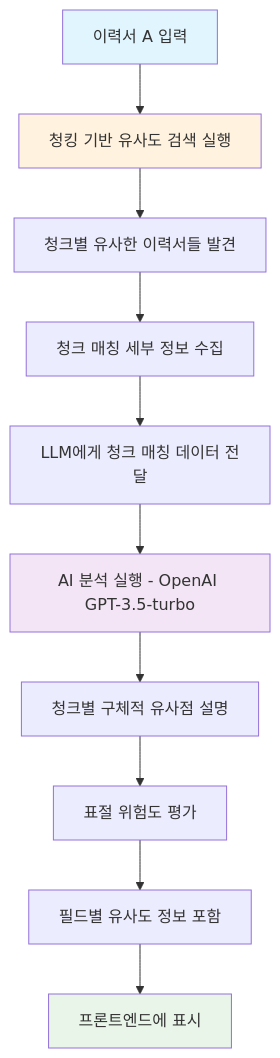
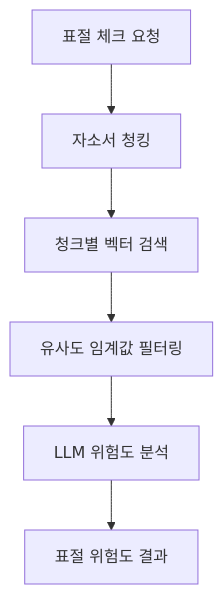
Before and after one commit to gangnam-2-insol/workspace-new: the third of 3 diagrams in README_jr.md, drawn with Mermaid. The commit also changed other lines of this file and 1 other file, not shown here.

````diff
--- a/README_jr.md
+++ b/README_jr.md
@@ -1049,17 +331,8 @@
 ```mermaid
 graph TD
-    A[이력서 A 입력] --> B[청킹 기반 유사도 검색 실행]
-    B --> C[청크별 유사한 이력서들 발견]
-    C --> D[청크 매칭 세부 정보 수집]
-    D --> E[LLM에게 청크 매칭 데이터 전달]
-    E --> F[AI 분석 실행 - OpenAI GPT-3.5-turbo]
-    F --> G[청크별 구체적 유사점 설명]
-    G --> H[표절 위험도 평가]
-    H --> I[필드별 유사도 정보 포함]
-    I --> J[프론트엔드에 표시]
-    
-    style A fill:#e1f5fe
-    style B fill:#fff3e0
-    style F fill:#f3e5f5
-    style J fill:#e8f5e8
+    A[표절 체크 요청] --> B[자소서 청킹]
+    B --> C[청크별 벡터 검색]
+    C --> D[유사도 임계값 필터링]
+    D --> E[LLM 위험도 분석]
+    E --> F[표절 위험도 결과]
 ```
````
